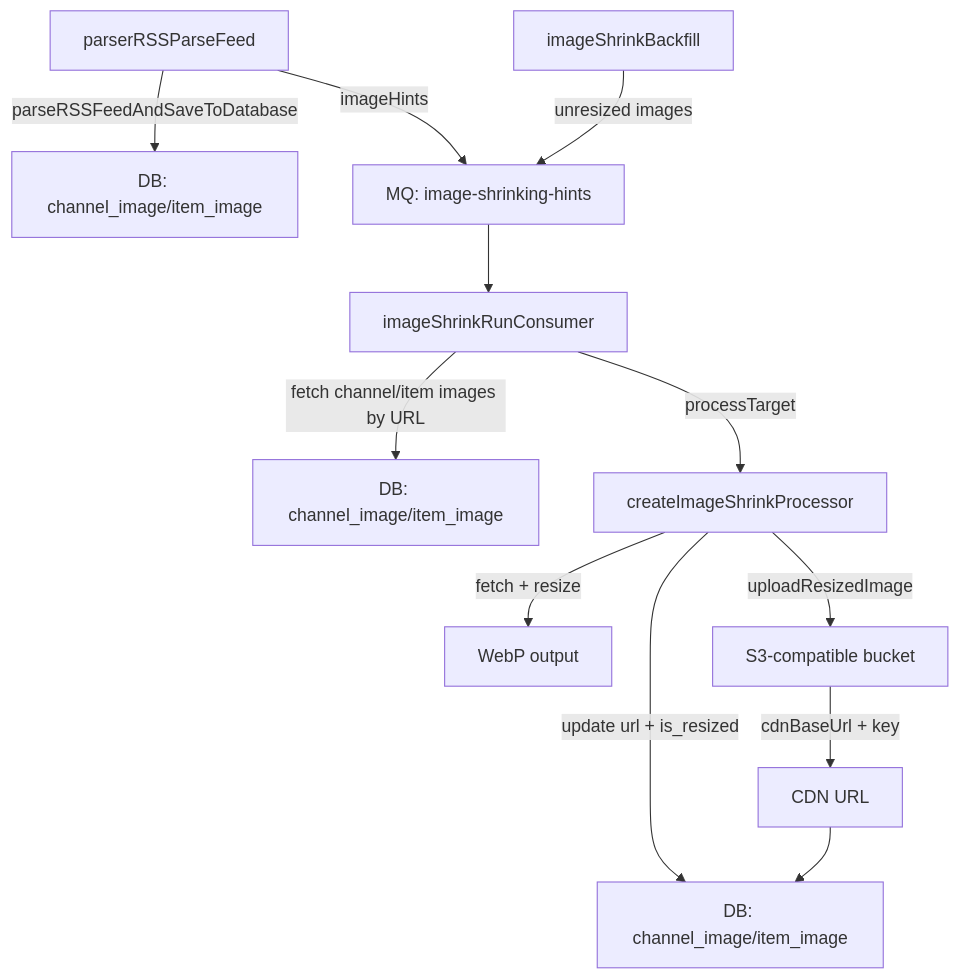
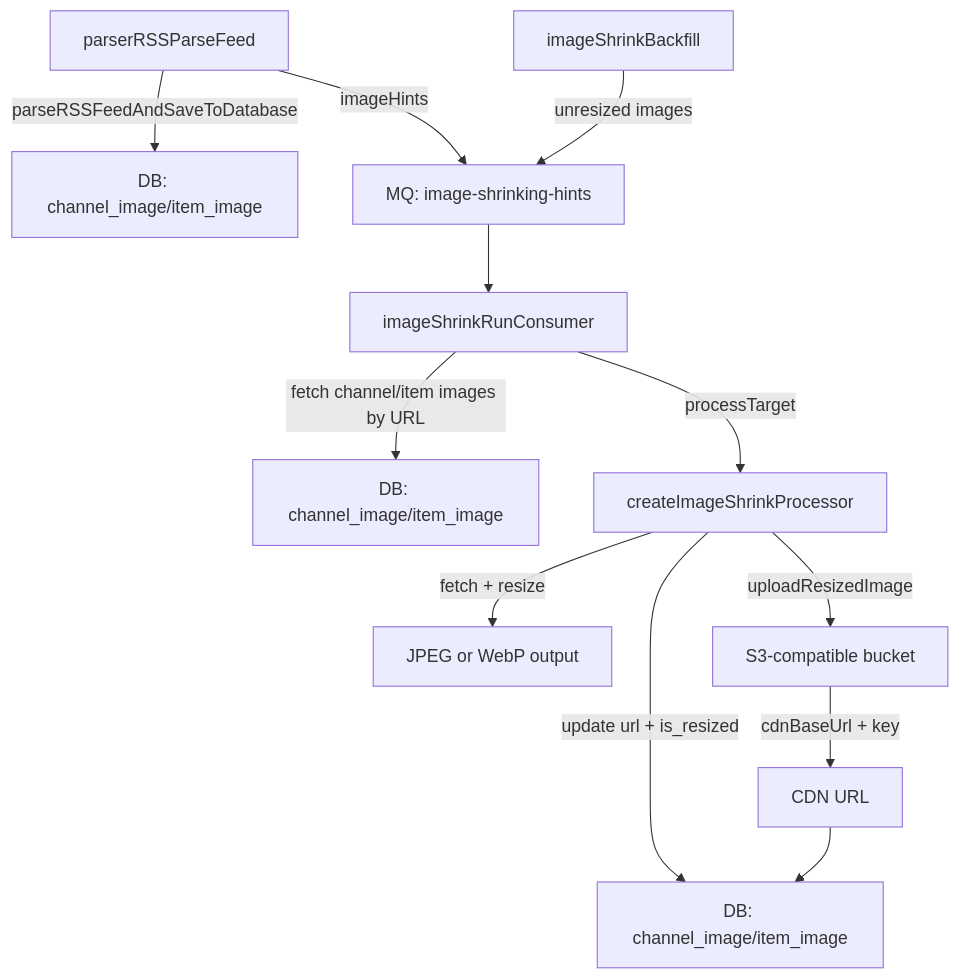
One commit to podverse/podverse changed the diagram in docs/image-shrinking/ARCHITECTURE/01-FLOW.md. Above: the diagram before and after it, drawn with Mermaid. The commit also changed other lines of this file and 18 other files, not shown here.

````diff
--- a/docs/image-shrinking/ARCHITECTURE/01-FLOW.md
+++ b/docs/image-shrinking/ARCHITECTURE/01-FLOW.md
@@ -14,17 +14,17 @@
 ```mermaid
 flowchart TD
   rssParse[parserRSSParseFeed] -->|parseRSSFeedAndSaveToDatabase| dbWrite[DB: channel_image/item_image]
   rssParse -->|imageHints| mqHints["MQ: image-shrinking-hints"]
   backfill[imageShrinkBackfill] -->|unresized images| mqHints
 
   mqHints --> consumer[imageShrinkRunConsumer]
   consumer -->|fetch channel/item images by URL| imageRows[DB: channel_image/item_image]
   consumer -->|processTarget| resize[createImageShrinkProcessor]
 
-  resize -->|fetch + resize| webp[WebP output]
+  resize -->|fetch + resize| webp[JPEG or WebP output]
   resize -->|uploadResizedImage| storage["S3-compatible bucket"]
   resize -->|update url + is_resized| dbResized[DB: channel_image/item_image]
 
   storage -->|cdnBaseUrl + key| cdnUrl[CDN URL]
   cdnUrl --> dbResized
 ```
````
